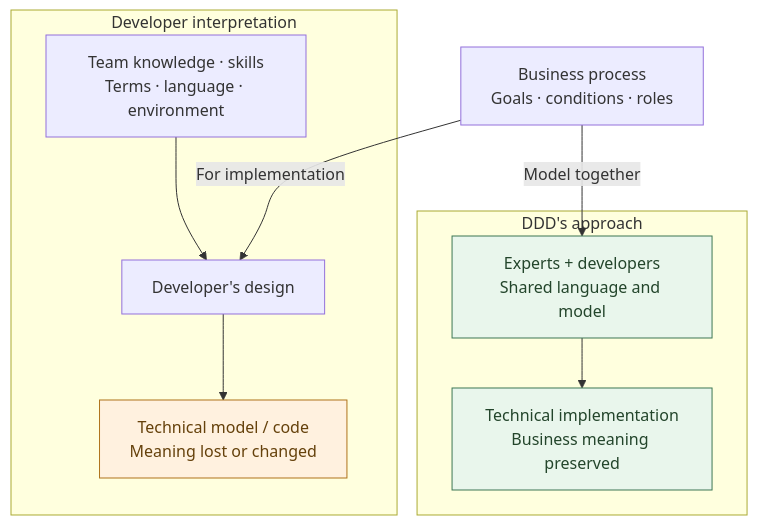
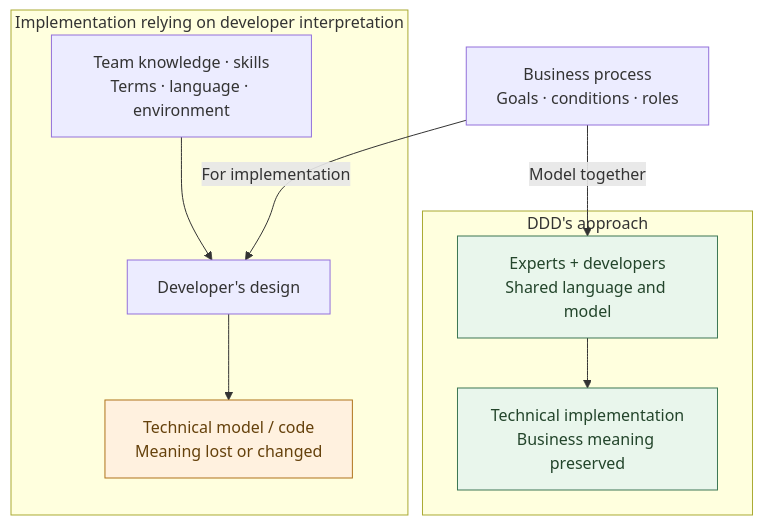
One commit to haandol/haandol.github.com changed the first of 7 diagrams in _en/2026-11-05-enterprise-wide-ax-essentials.md. Above: the diagram before and after it, drawn with Mermaid. The commit also changed other lines of this file and 6 other files, not shown here.

````diff
--- a/_en/2026-11-05-enterprise-wide-ax-essentials.md
+++ b/_en/2026-11-05-enterprise-wide-ax-essentials.md
@@ -53,17 +53,17 @@
 ```mermaid
 flowchart TB
   B["Business process<br/>Goals · conditions · roles"]
-  subgraph T["Developer interpretation"]
+  subgraph T["Implementation relying on developer interpretation"]
     E["Team knowledge · skills<br/>Terms · language · environment"] --> D["Developer's design"]
     D --> C["Technical model / code<br/>Meaning lost or changed"]
   end
   subgraph S["DDD's approach"]
     M["Experts + developers<br/>Shared language and model"] --> N["Technical implementation<br/>Business meaning preserved"]
   end
   B -->|"For implementation"| D
   B -->|"Model together"| M
   classDef drift fill:#fff1df,stroke:#af731b,color:#65410b
   classDef aligned fill:#e9f6ec,stroke:#3c7754,color:#23452b
   class C drift
   class M,N aligned
 ```
````
